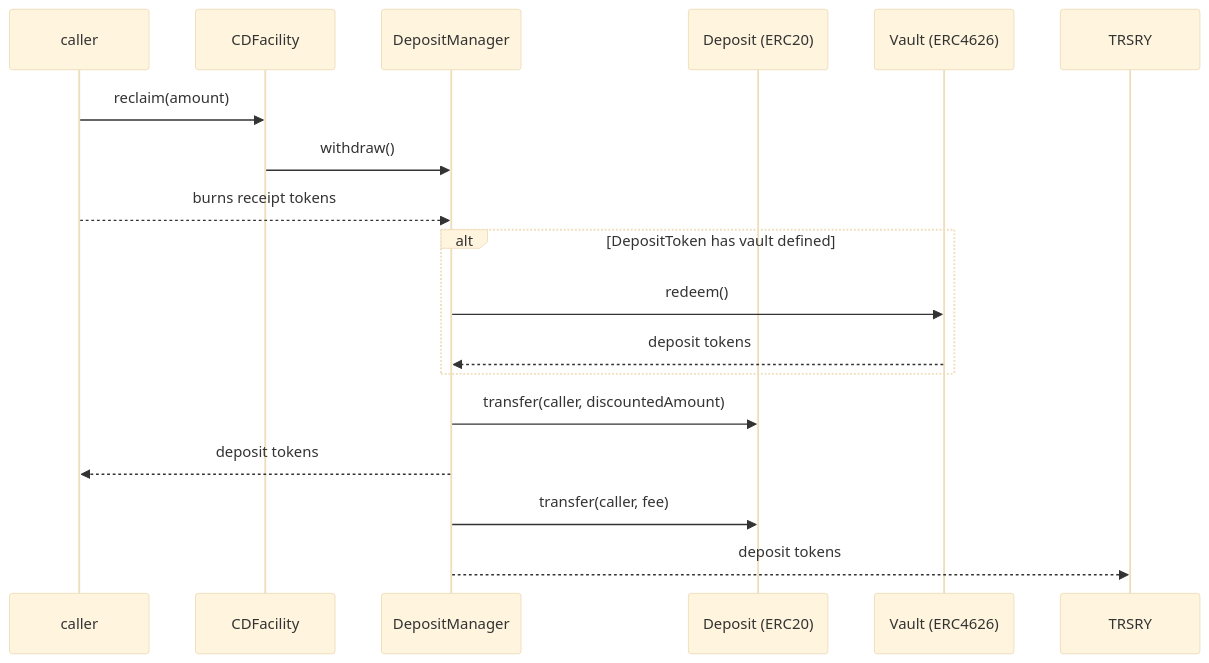
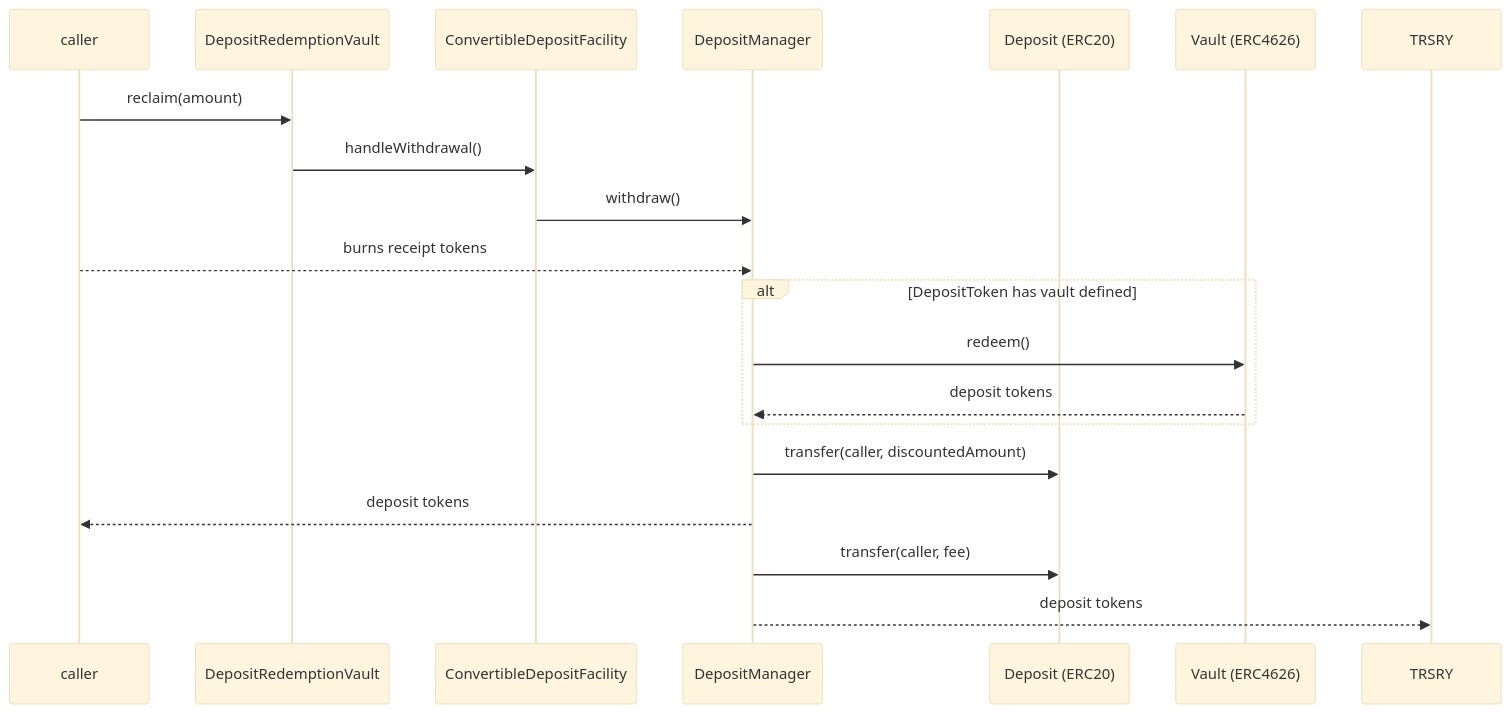
Before and after one commit to OlympusDAO/olympus-v3: the fifth of 9 diagrams in audit/2025-01_convertible-deposits/README.md, drawn with Mermaid (base theme). The commit also changed other lines of this file and 1 other file, not shown here.

````diff
--- a/audit/2025-01_convertible-deposits/README.md
+++ b/audit/2025-01_convertible-deposits/README.md
@@ -326,20 +337,22 @@
 ```mermaid
 sequenceDiagram
     participant caller
-    participant CDFacility
+    participant DepositRedemptionVault
+    participant ConvertibleDepositFacility
     participant DepositManager
     participant DepositToken as Deposit (ERC20)
     participant VaultToken as Vault (ERC4626)
 
-    caller->>CDFacility: reclaim(amount)
-    CDFacility->>DepositManager: withdraw()
+    caller->>DepositRedemptionVault: reclaim(amount)
+    DepositRedemptionVault->>ConvertibleDepositFacility: handleWithdrawal()
+    ConvertibleDepositFacility->>DepositManager: withdraw()
     caller-->>DepositManager: burns receipt tokens
     alt DepositToken has vault defined
     DepositManager->>VaultToken: redeem()
     VaultToken-->>DepositManager: deposit tokens
     end
     DepositManager->>DepositToken: transfer(caller, discountedAmount)
     DepositManager-->>caller: deposit tokens
     DepositManager->>DepositToken: transfer(caller, fee)
     DepositManager-->>TRSRY: deposit tokens
 ```
````
